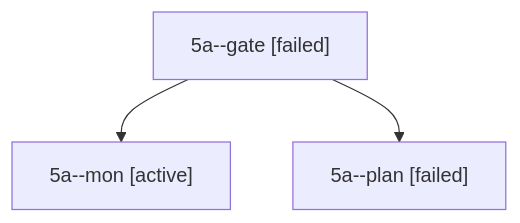
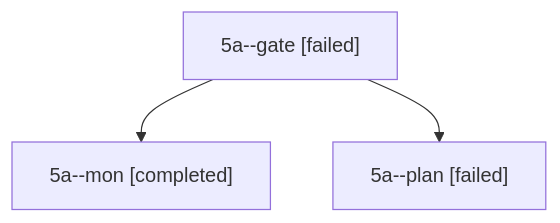
One commit to bobs-org/bob-cli--agents changed the diagram in sessions/bbugyi200.apollo.5a.md. Above: the diagram before and after it, drawn with Mermaid. The commit also changed other lines of this file and 17 other files, not shown here.

````diff
--- a/sessions/bbugyi200.apollo.5a.md
+++ b/sessions/bbugyi200.apollo.5a.md
@@ -9,8 +9,8 @@
 ```mermaid
 flowchart TD
   n0["5a--gate [failed]"]
-  n1["5a--mon [active]"]
+  n1["5a--mon [completed]"]
   n0 --> n1
   n2["5a--plan [failed]"]
   n0 --> n2
 ```
````
